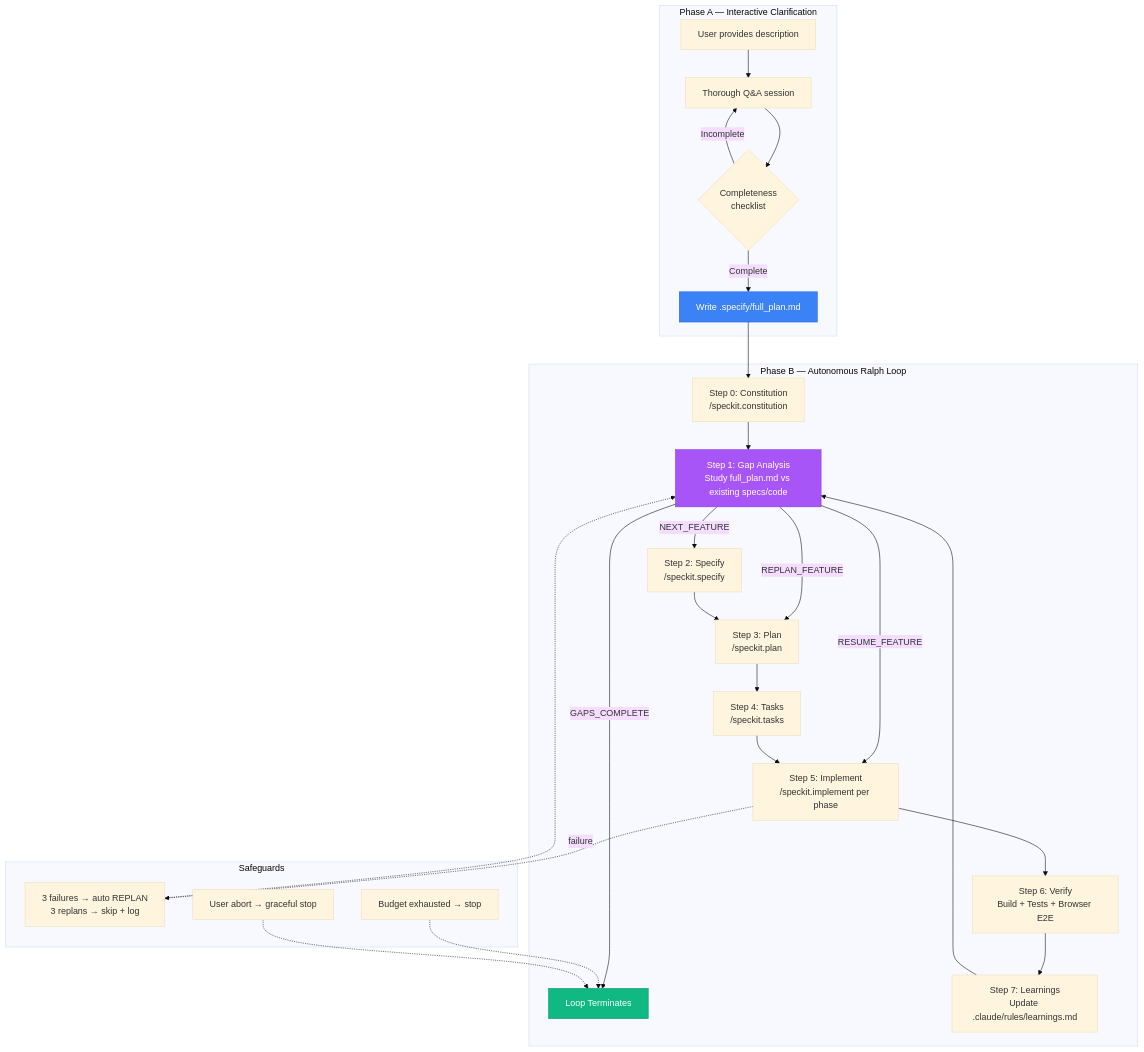
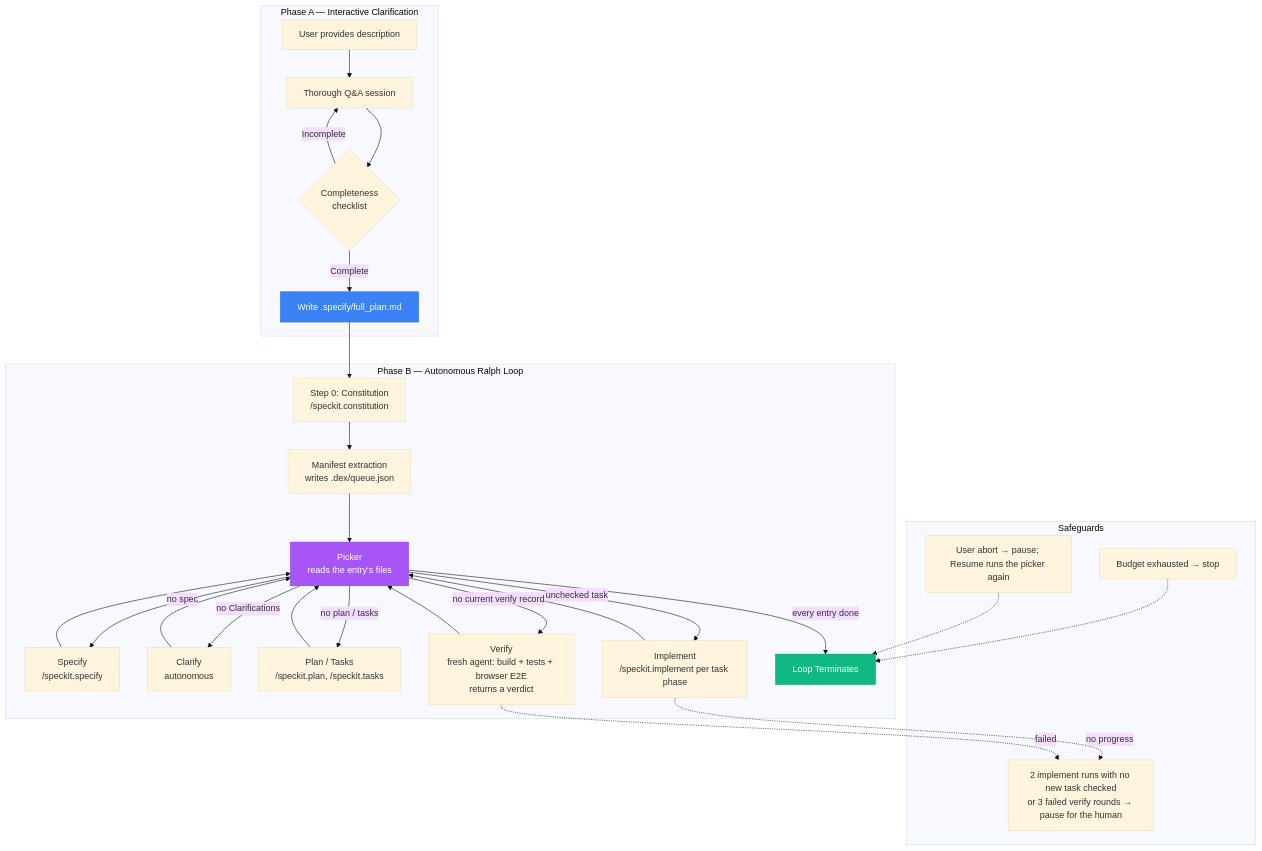
One commit to lukaskellerstein/dex changed the second of 11 diagrams in docs/SOLUTION.md. Above: the diagram before and after it, drawn with Mermaid (base theme). The commit also changed other lines of this file and 217 other files, not shown here.

First line of the commit message:
Lean core: queue-driven loop, project policy and the dex run CLI (015) (#23)

````diff
--- a/docs/SOLUTION.md
+++ b/docs/SOLUTION.md
@@ -131,41 +131,43 @@
 ```mermaid
 flowchart TB
     subgraph "Phase A — Interactive Clarification"
         USER[User provides description] --> CLARIFY[Thorough Q&A session]
         CLARIFY --> CHECKLIST{Completeness\nchecklist}
         CHECKLIST -->|Incomplete| CLARIFY
         CHECKLIST -->|Complete| FULLPLAN["Write .specify/full_plan.md"]
     end
 
     subgraph "Phase B — Autonomous Ralph Loop"
         FULLPLAN --> CONST["Step 0: Constitution\n/speckit.constitution"]
-        CONST --> GAP["Step 1: Gap Analysis\nStudy full_plan.md vs existing specs/code"]
+        CONST --> QUEUE["Manifest extraction\nwrites .dex/queue.json"]
+        QUEUE --> PICK["Picker\nreads the entry's files"]
 
-        GAP -->|NEXT_FEATURE| SPECIFY["Step 2: Specify\n/speckit.specify"]
-        GAP -->|RESUME_FEATURE| IMPL
-        GAP -->|REPLAN_FEATURE| PLAN
-        GAP -->|GAPS_COMPLETE| DONE[Loop Terminates]
+        PICK -->|no spec| SPECIFY["Specify\n/speckit.specify"]
+        PICK -->|no Clarifications| CLAR["Clarify\nautonomous"]
+        PICK -->|no plan / tasks| PLAN
+        PICK -->|unchecked task| IMPL
+        PICK -->|no current verify record| VERIFY
+        PICK -->|every entry done| DONE[Loop Terminates]
 
-        SPECIFY --> PLAN["Step 3: Plan\n/speckit.plan"]
-        PLAN --> TASKS["Step 4: Tasks\n/speckit.tasks"]
-        TASKS --> IMPL["Step 5: Implement\n/speckit.implement per phase"]
-        IMPL --> VERIFY["Step 6: Verify\nBuild + Tests + Browser E2E"]
-        VERIFY --> LEARN["Step 7: Learnings\nUpdate .claude/rules/learnings.md"]
-        LEARN --> GAP
+        SPECIFY --> PICK
+        CLAR --> PICK
+        PLAN["Plan / Tasks\n/speckit.plan, /speckit.tasks"] --> PICK
+        IMPL["Implement\n/speckit.implement per task phase"] --> PICK
+        VERIFY["Verify\nfresh agent: build + tests + browser E2E\nreturns a verdict"] --> PICK
     end
 
     subgraph "Safeguards"
-        FAIL_TRACK["3 failures → auto REPLAN\n3 replans → skip + log"]
+        STUCK["2 implement runs with no new task checked\nor 3 failed verify rounds → pause for the human"]
         BUDGET["Budget exhausted → stop"]
-        ABORT["User abort → graceful stop"]
+        ABORT["User abort → pause; Resume runs the picker again"]
     end
 
-    IMPL -.->|failure| FAIL_TRACK
-    FAIL_TRACK -.-> GAP
+    IMPL -.->|no progress| STUCK
+    VERIFY -.->|failed| STUCK
     BUDGET -.-> DONE
     ABORT -.-> DONE
 
     style FULLPLAN fill:#3b82f6,stroke:#2563eb,color:#fff
-    style GAP fill:#a855f7,stroke:#7c3aed,color:#fff
+    style PICK fill:#a855f7,stroke:#7c3aed,color:#fff
     style DONE fill:#10b981,stroke:#059669,color:#fff
 ```
````
